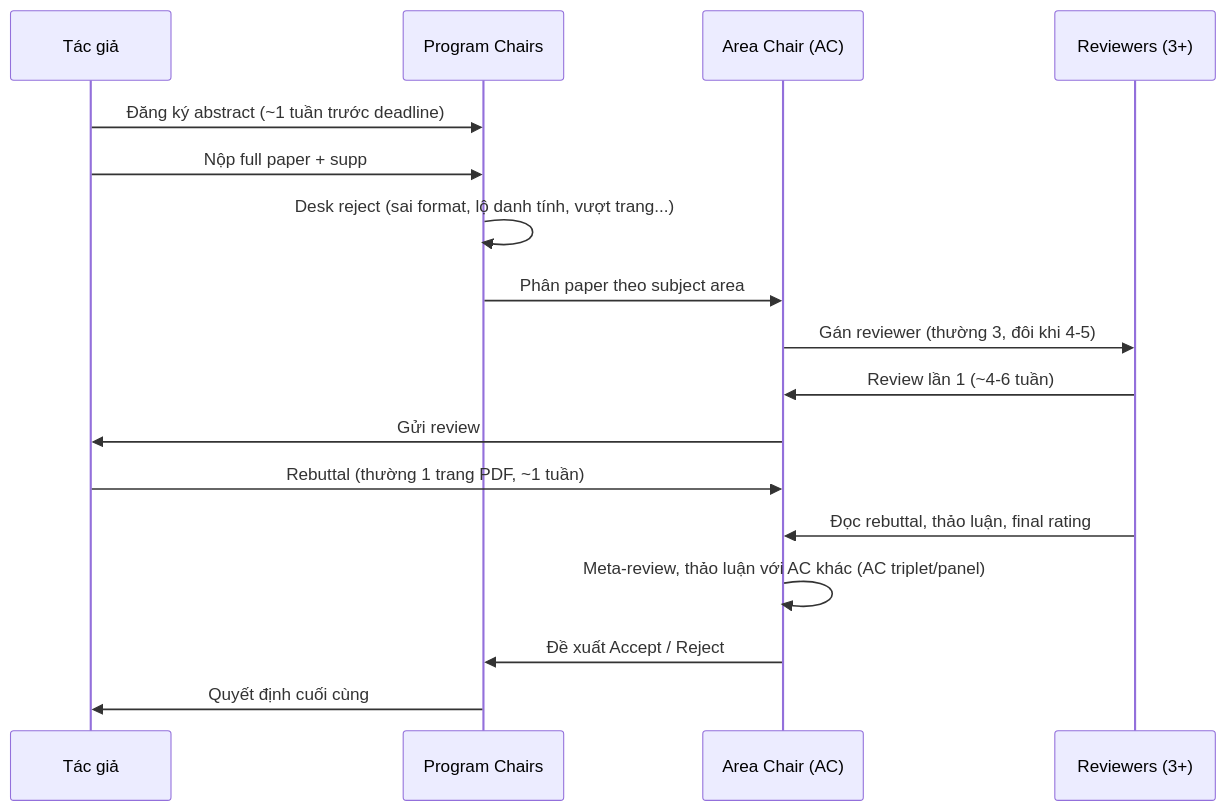
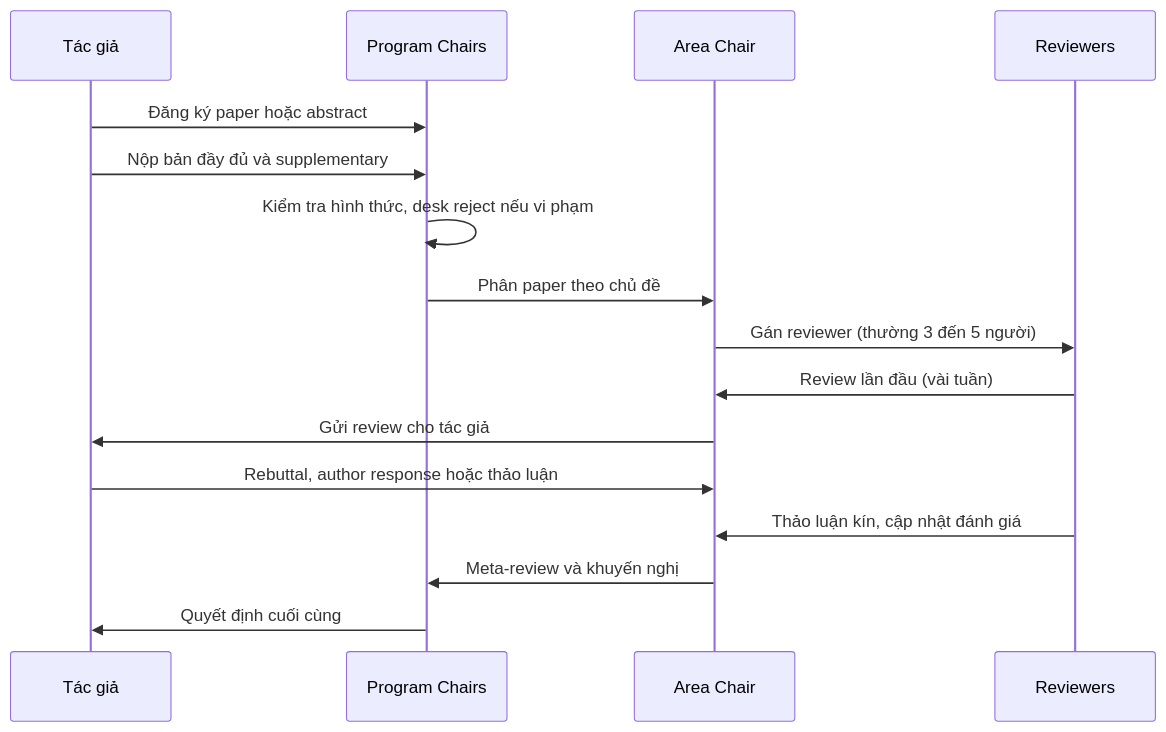
Before and after one commit to tuandung222/How-to-write-Astar-Paper: the diagram in docs/00-tong-quan/review-process.md, drawn with Mermaid. The commit also changed other lines of this file and 61 other files, not shown here.

````diff
--- a/docs/00-tong-quan/review-process.md
+++ b/docs/00-tong-quan/review-process.md
@@ -7,19 +35,18 @@
 ```mermaid
 sequenceDiagram
   participant A as Tác giả
   participant PC as Program Chairs
-  participant AC as Area Chair (AC)
-  participant R as Reviewers (3+)
-  A->>PC: Đăng ký abstract (~1 tuần trước deadline)
-  A->>PC: Nộp full paper + supp
-  PC->>PC: Desk reject (sai format, lộ danh tính, vượt trang...)
-  PC->>AC: Phân paper theo subject area
-  AC->>R: Gán reviewer (thường 3, đôi khi 4-5)
-  R->>AC: Review lần 1 (~4-6 tuần)
-  AC->>A: Gửi review
-  A->>AC: Rebuttal (thường 1 trang PDF, ~1 tuần)
-  R->>AC: Đọc rebuttal, thảo luận, final rating
-  AC->>AC: Meta-review, thảo luận với AC khác (AC triplet/panel)
-  AC->>PC: Đề xuất Accept / Reject
+  participant AC as Area Chair
+  participant R as Reviewers
+  A->>PC: Đăng ký paper hoặc abstract
+  A->>PC: Nộp bản đầy đủ và supplementary
+  PC->>PC: Kiểm tra hình thức, desk reject nếu vi phạm
+  PC->>AC: Phân paper theo chủ đề
+  AC->>R: Gán reviewer (thường 3 đến 5 người)
+  R->>AC: Review lần đầu (vài tuần)
+  AC->>A: Gửi review cho tác giả
+  A->>AC: Rebuttal, author response hoặc thảo luận
+  R->>AC: Thảo luận kín, cập nhật đánh giá
+  AC->>PC: Meta-review và khuyến nghị
   PC->>A: Quyết định cuối cùng
 ```
````
